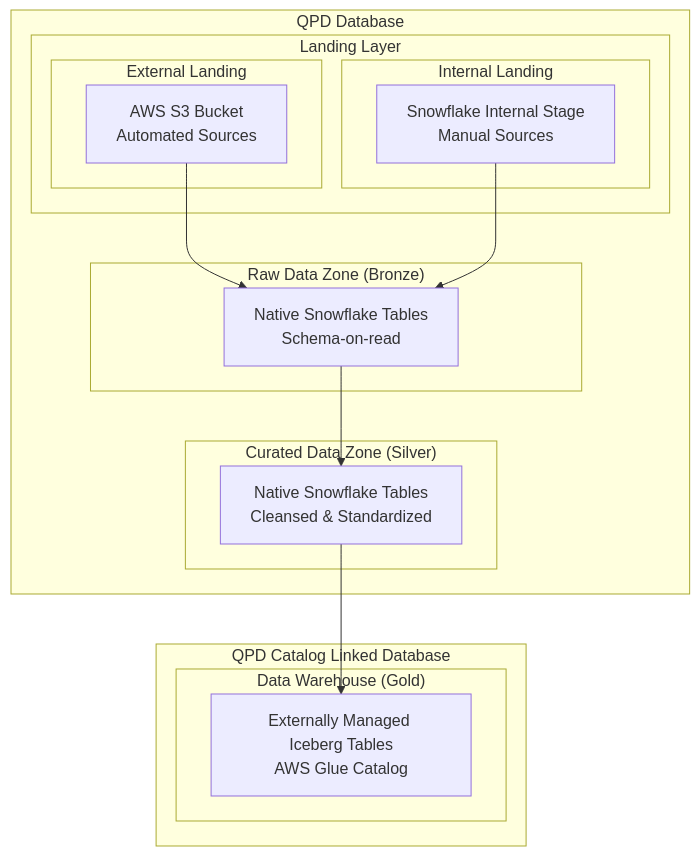
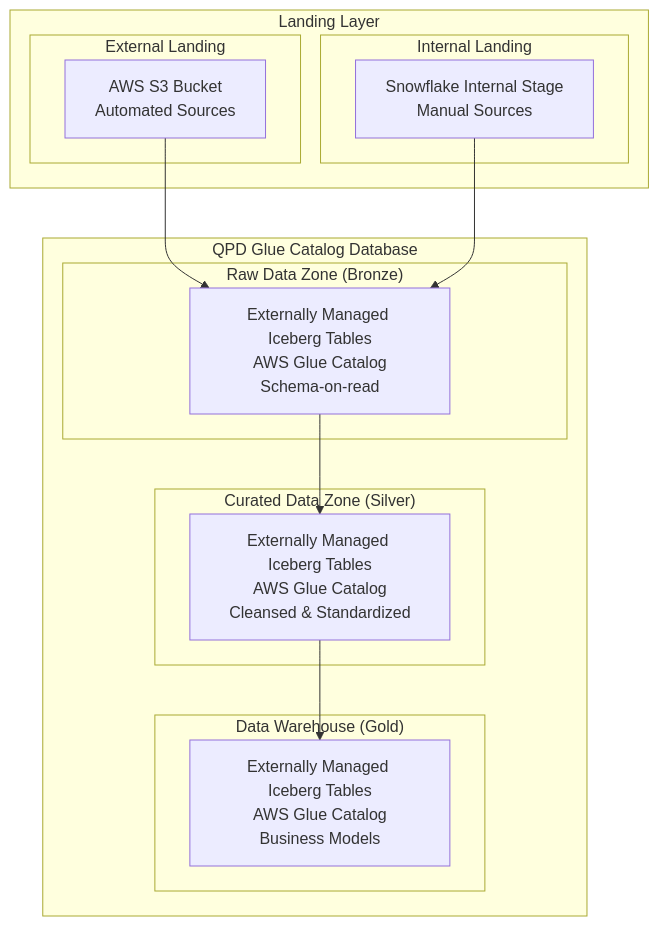
One commit to sfc-gh-mhindi/REPO_CBA changed the third of 14 diagrams in 15-BB-QPD Future State/QPD - Future State.md. Above: the diagram before and after it, drawn with Mermaid. The commit also changed other lines of this file, not shown here.

Commit message:
Update QPD - Future State.md

````diff
--- a/15-BB-QPD Future State/QPD - Future State.md
+++ b/15-BB-QPD Future State/QPD - Future State.md
@@ -316,32 +316,30 @@
 ```mermaid
 graph TB
-    subgraph "QPD Database"
-        subgraph "Landing Layer"
-            subgraph "External Landing"
-                S3[AWS S3 Bucket<br/>Automated Sources]
-            end
-            subgraph "Internal Landing"
-                SF_Stage[Snowflake Internal Stage<br/>Manual Sources]
-            end
+    subgraph "Landing Layer"
+        subgraph "External Landing"
+            S3_Ext[AWS S3 Bucket<br/>Automated Sources]
         end
-        
+        subgraph "Internal Landing"
+            SF_Stage[Snowflake Internal Stage<br/>Manual Sources]
+        end
+    end
+    
+    subgraph "QPD Glue Catalog Database"
         subgraph "Raw Data Zone (Bronze)"
-            Bronze[Native Snowflake Tables<br/>Schema-on-read]
+            Bronze[Externally Managed Iceberg Tables<br/>AWS Glue Catalog<br/>Schema-on-read]
         end
         
         subgraph "Curated Data Zone (Silver)"
-            Silver[Native Snowflake Tables<br/>Cleansed & Standardized]
+            Silver[Externally Managed Iceberg Tables<br/>AWS Glue Catalog<br/>Cleansed & Standardized]
+        end
+        
+        subgraph "Data Warehouse (Gold)"
+            Gold[Externally Managed Iceberg Tables<br/>AWS Glue Catalog<br/>Business Models]
         end
     end
     
-    subgraph "QPD Catalog Linked Database"
-        subgraph "Data Warehouse (Gold)"
-            Gold[Externally Managed Iceberg Tables<br/>AWS Glue Catalog]
-        end
-    end
-    
-    S3 --> Bronze
+    S3_Ext --> Bronze
     SF_Stage --> Bronze
     Bronze --> Silver
     Silver --> Gold
 ```
````
